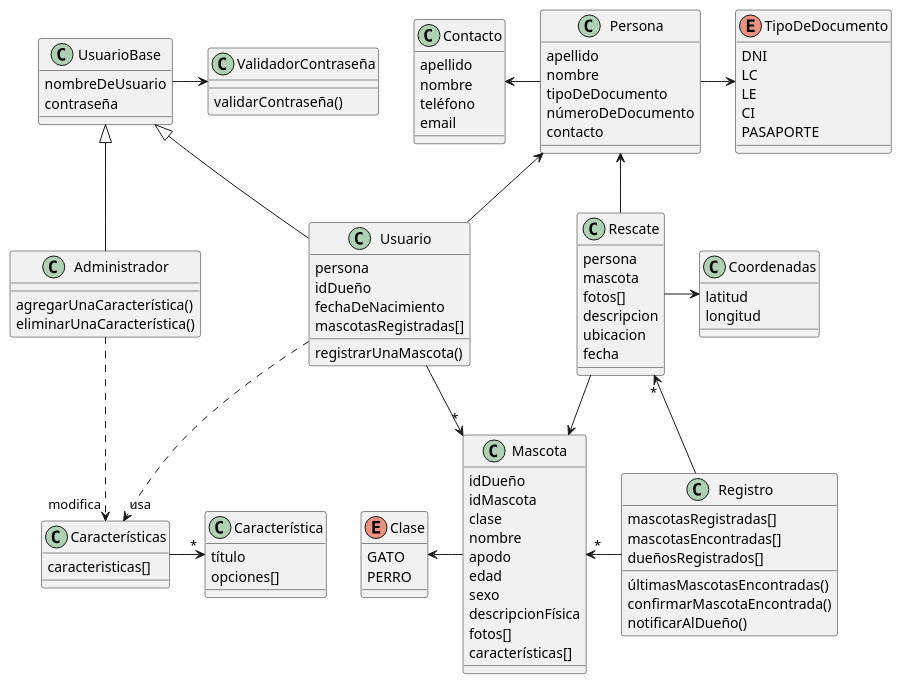
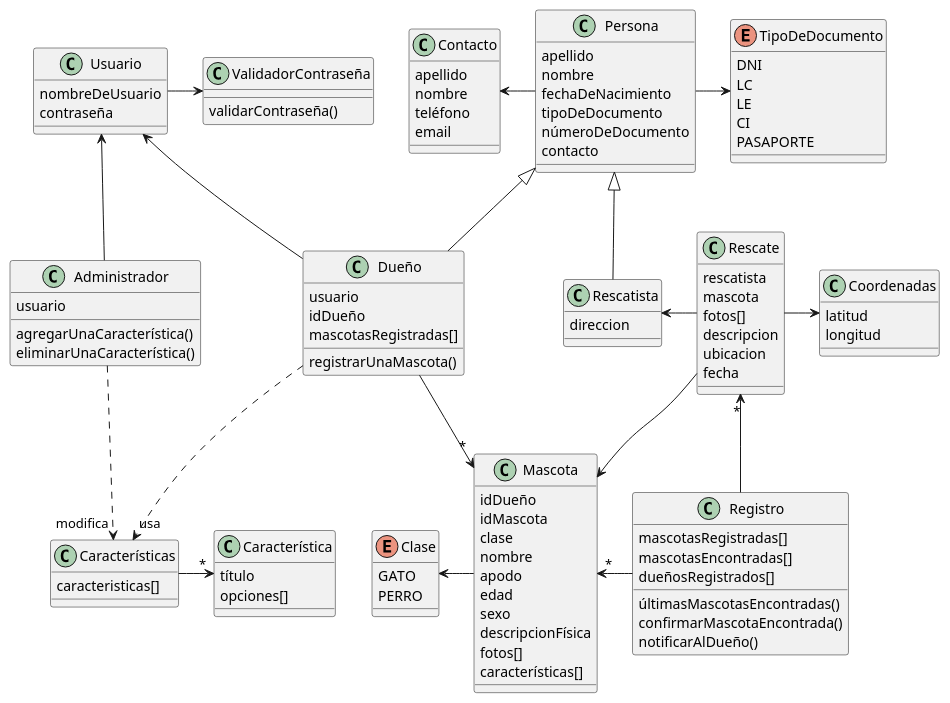
One commit to aleeherasimiuk/RescateDePatitas changed the diagram in diagramaDeClases.plantuml. Above: the diagram before and after it, drawn with PlantUML. The commit also changed 5 other files, not shown here.

Commit message:
Ahora el usuario es dueño y hereda de persona, igual que rescatista. Y administrador y dueño tienen como atributo usuario

```diff
--- a/diagramaDeClases.plantuml
+++ b/diagramaDeClases.plantuml
@@ -1,126 +1,133 @@
 @startuml RescateDePatitas
 
 
 class Persona{
   apellido
   nombre
+  fechaDeNacimiento
   tipoDeDocumento
   númeroDeDocumento
   contacto
 
 }
 
 class Contacto{
   apellido
   nombre
   teléfono
   email
+}
+
+class Rescatista{
+  direccion
 }
 
 class Mascota{
   idDueño
   idMascota
   clase
   nombre
   apodo
   edad
   sexo
   descripcionFísica
   fotos[]
   características[]
 }
 
 enum Clase{
   GATO
   PERRO
 }
 
 
 enum TipoDeDocumento{
   DNI
   LC /' Libreta Cívica '/
   LE /' Libreta de Enrolamiento '/
   CI /' Cédula de Identidad '/
   PASAPORTE
 }
 
 class Rescate{
-  persona
+  rescatista
   mascota
   fotos[]
   descripcion
   ubicacion
   fecha
 }
 
 class Coordenadas{
   latitud
   longitud
 }
 
-class UsuarioBase{
+class Usuario{
   nombreDeUsuario
   contraseña
 }
 
 class Administrador{
 
+  usuario
+
   agregarUnaCaracterística()
   eliminarUnaCaracterística()
 
 }
 
-class Usuario{
-  persona
+class Dueño{
+  usuario
   idDueño
-  fechaDeNacimiento
   mascotasRegistradas[]
   registrarUnaMascota()
 }
 
 
 class Registro{
   mascotasRegistradas[]
   mascotasEncontradas[]
   dueñosRegistrados[]
   últimasMascotasEncontradas()
   confirmarMascotaEncontrada()
   notificarAlDueño()
 }
 
 
 class Característica{
   título
   opciones[]
 }
 
 class Características{
   caracteristicas[]
 }
 
 class ValidadorContraseña{
   validarContraseña()
 }
 
 
-UsuarioBase -> ValidadorContraseña
-Usuario -u-|> UsuarioBase
-Rescate -u-> Persona
+Rescatista -u-|> Persona
+Rescate -l-> Rescatista
+Usuario -> ValidadorContraseña
+Dueño -u-> Usuario
 Rescate -d-> Mascota
 Registro -l-> "*" Mascota
 Registro -l-> "*" Rescate
 Persona -> TipoDeDocumento
-Usuario -u-> Persona
+Dueño -u-|> Persona
 Persona -l-> Contacto
 Mascota -l-> Clase
-Usuario -d->"*" Mascota
-Administrador -u-|> UsuarioBase
+Dueño -d->"*" Mascota
+Administrador -u-> Usuario
 Rescate -> Coordenadas
 Características ->"*" Característica
-Usuario ..>"usa" Características
+Dueño ..>"usa" Características
 Administrador ..>"modifica" Características
 
 
 
 
 @enduml
```
